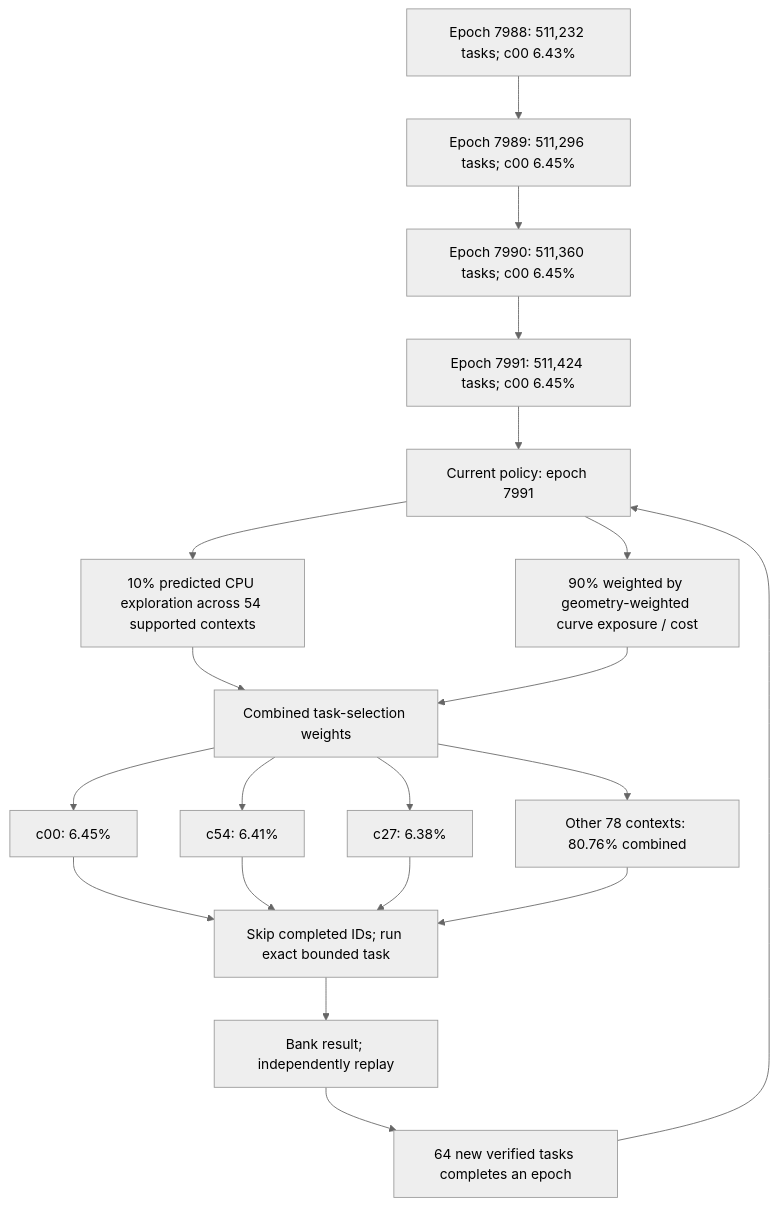
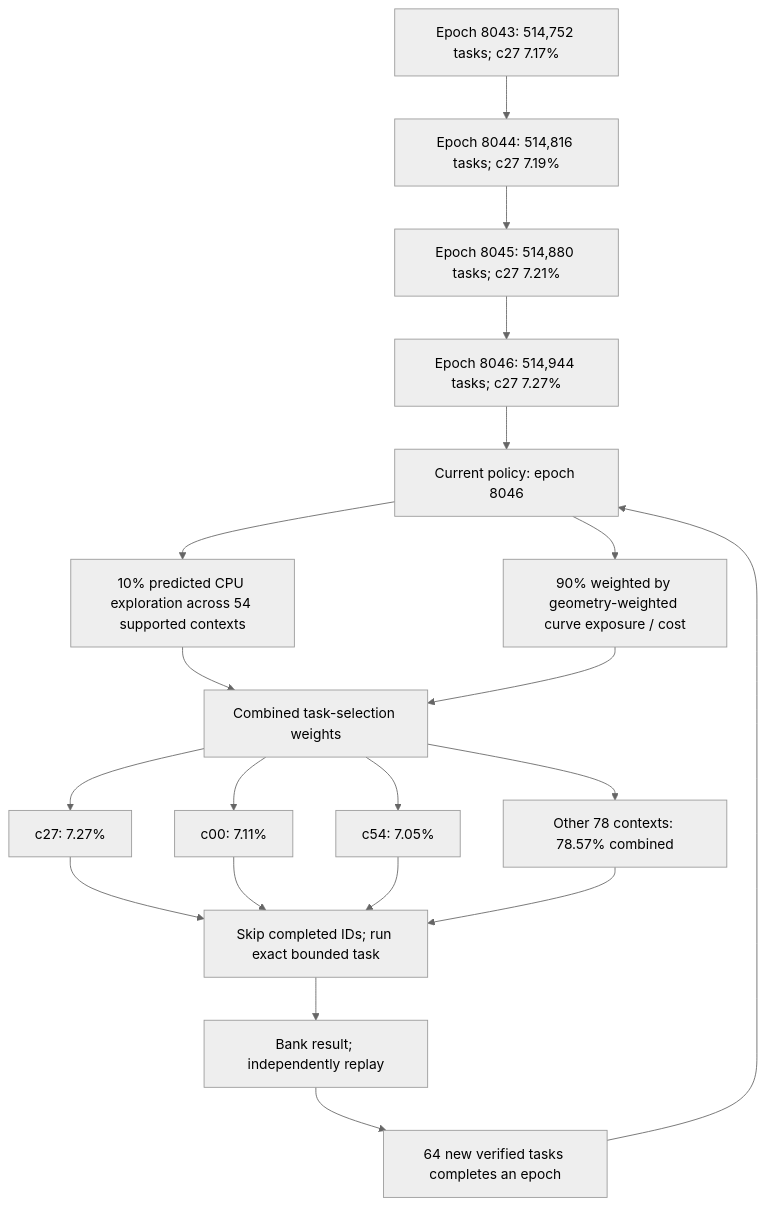
One commit to Kuberwastaken/math-gambling changed the first of 4 diagrams in README.md. Above: the diagram before and after it, drawn with Mermaid (neutral theme). The commit also changed other lines of this file and 7697 other files, not shown here.

````diff
--- a/README.md
+++ b/README.md
@@ -60,27 +60,27 @@
 ```mermaid
 flowchart TD
-    H0["Epoch 7988: 511,232 tasks; c00 6.43%"]
-    H1["Epoch 7989: 511,296 tasks; c00 6.45%"]
+    H0["Epoch 8043: 514,752 tasks; c27 7.17%"]
+    H1["Epoch 8044: 514,816 tasks; c27 7.19%"]
     H0 --> H1
-    H2["Epoch 7990: 511,360 tasks; c00 6.45%"]
+    H2["Epoch 8045: 514,880 tasks; c27 7.21%"]
     H1 --> H2
-    H3["Epoch 7991: 511,424 tasks; c00 6.45%"]
+    H3["Epoch 8046: 514,944 tasks; c27 7.27%"]
     H2 --> H3
-    Policy["Current policy: epoch 7991"]
+    Policy["Current policy: epoch 8046"]
     H3 --> Policy
     Policy --> Explore["10% predicted CPU exploration across 54 supported contexts"]
     Policy --> Cost["90% weighted by geometry-weighted curve exposure / cost"]
     Explore --> Mix["Combined task-selection weights"]
     Cost --> Mix
-    Mix --> C0["c00: 6.45%"]
-    Mix --> C1["c54: 6.41%"]
-    Mix --> C2["c27: 6.38%"]
-    Mix --> Rest["Other 78 contexts: 80.76% combined"]
+    Mix --> C0["c27: 7.27%"]
+    Mix --> C1["c00: 7.11%"]
+    Mix --> C2["c54: 7.05%"]
+    Mix --> Rest["Other 78 contexts: 78.57% combined"]
     C0 --> Check["Skip completed IDs; run exact bounded task"]
     C1 --> Check
     C2 --> Check
     Rest --> Check
     Check --> Replay["Bank result; independently replay"]
     Replay --> Gate["64 new verified tasks completes an epoch"]
     Gate --> Policy
 ```
````
